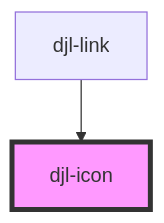
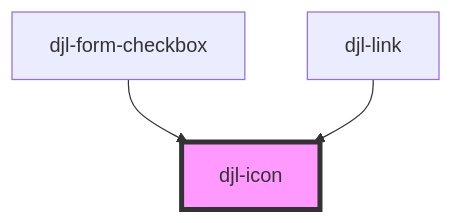
The diagram in packages/ds/web/src/components/icon/readme.md (IRCC-ca/ds-sdc), drawn with Mermaid before and after one commit. The commit also changed other lines of this file and 7 other files, not shown here.

Commit message:
Form Checkbox WIP

````diff
--- a/packages/ds/web/src/components/icon/readme.md
+++ b/packages/ds/web/src/components/icon/readme.md
@@ -36,5 +37,6 @@
 ```mermaid
 graph TD;
+  djl-form-checkbox --> djl-icon
   djl-link --> djl-icon
   style djl-icon fill:#f9f,stroke:#333,stroke-width:4px
 ```
````
